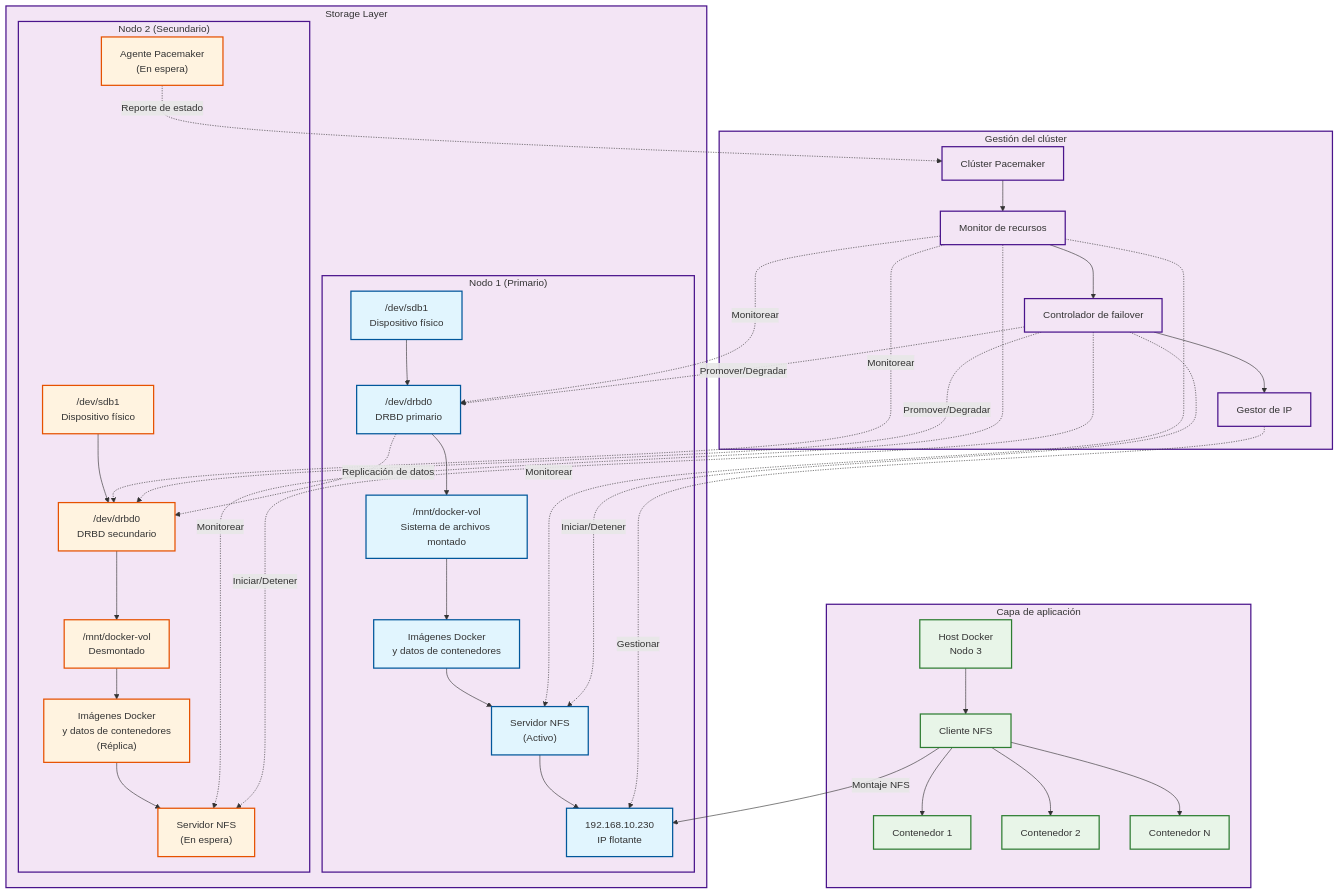
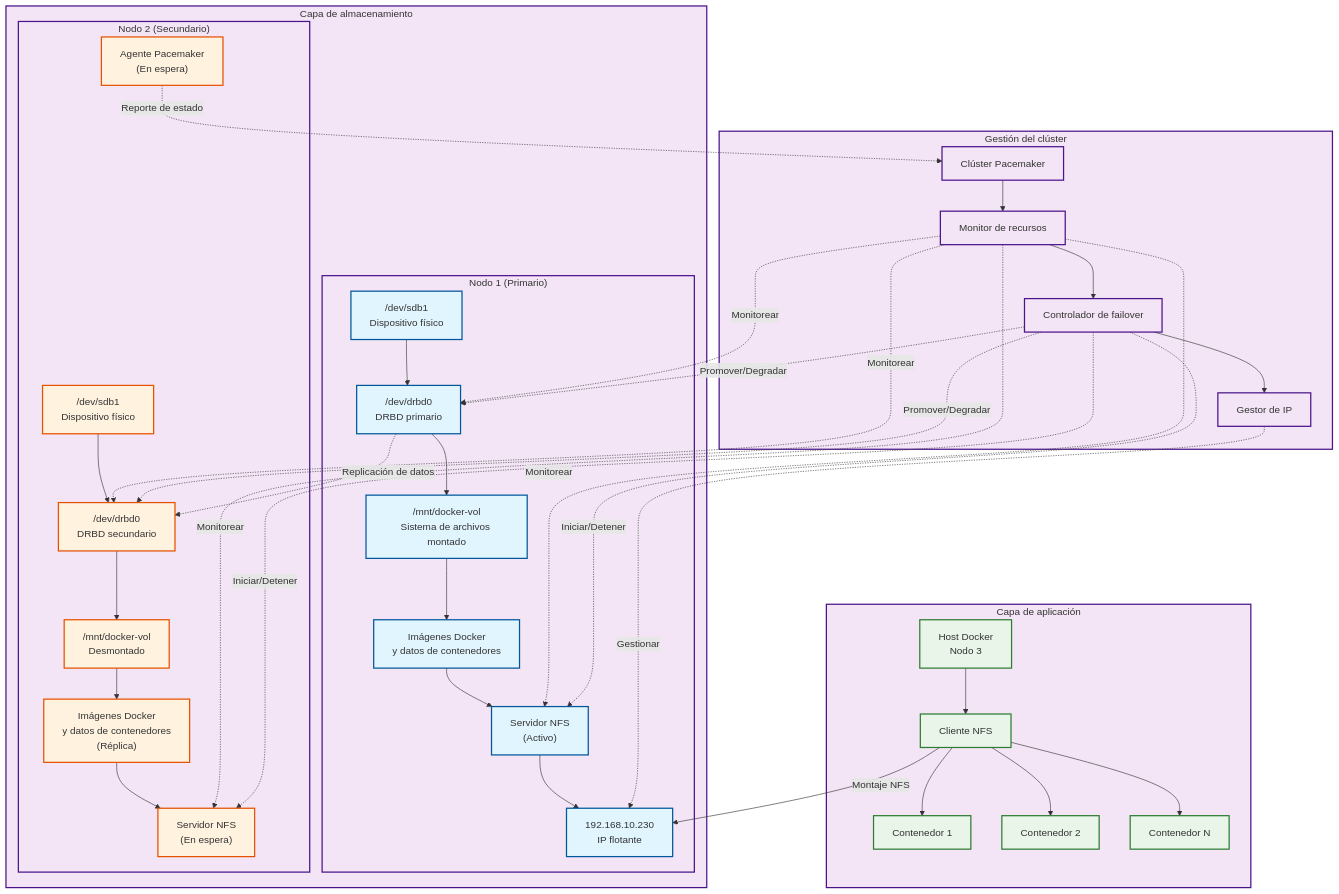
One commit to incogniadev/DRBD changed the diagram in docs/ARCHITECTURE.md. Above: the diagram before and after it, drawn with Mermaid. The commit also changed other lines of this file and 2 other files, not shown here.

````diff
--- a/docs/ARCHITECTURE.md
+++ b/docs/ARCHITECTURE.md
@@ -9,6 +9,6 @@
 ```mermaid
 graph TB
-    subgraph "Storage Layer"
+    subgraph "Capa de almacenamiento"
         subgraph N1 ["Nodo 1 (Primario)"]
             A1["/dev/sdb1<br/>Dispositivo físico"]
             A2["/dev/drbd0<br/>DRBD primario"]
````
